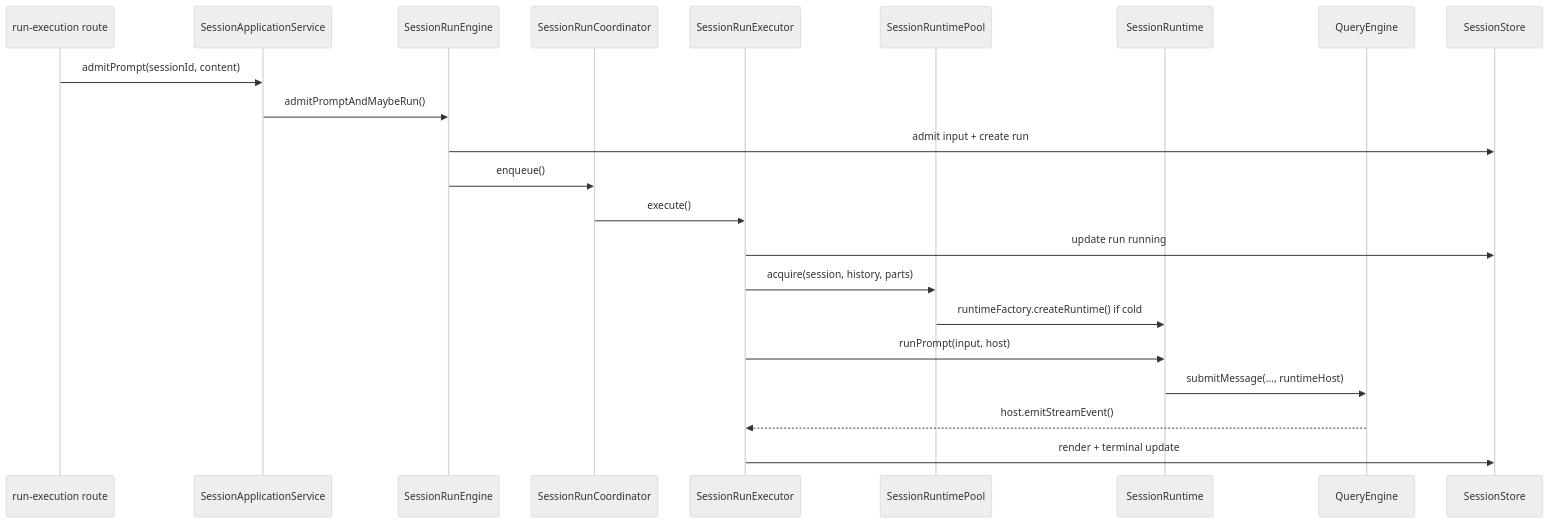
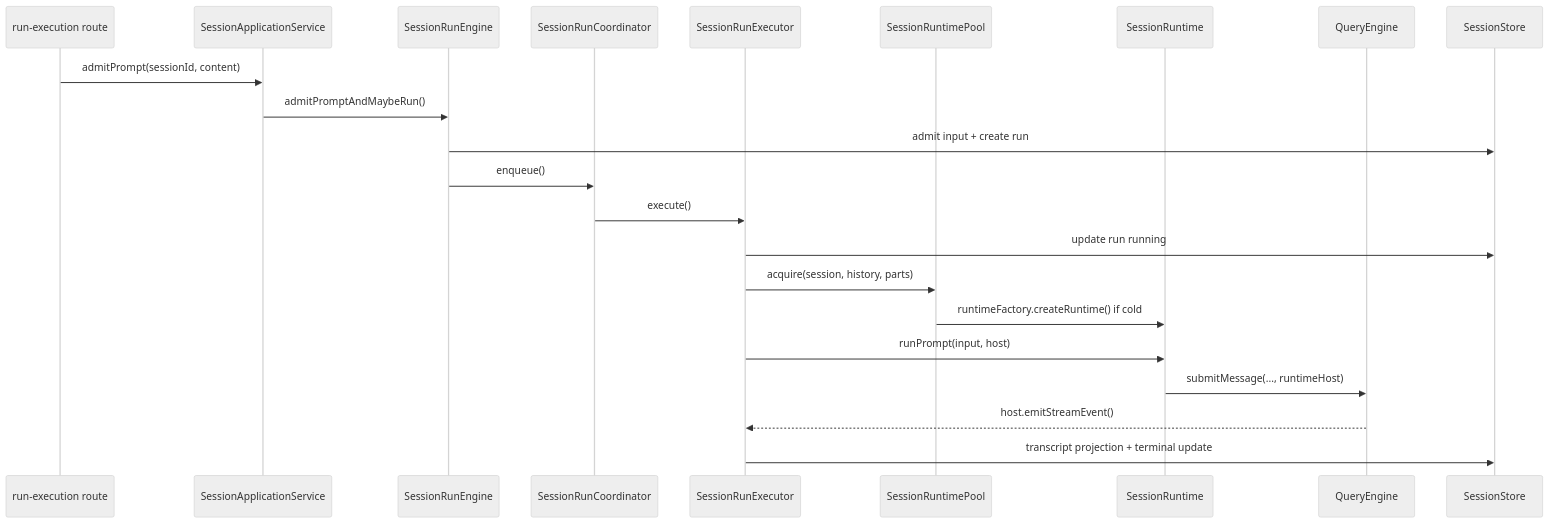
Before and after one commit to rzx007/openharness-ts: the diagram in docs/daemon-runtime-code-guide.md, drawn with Mermaid (neutral theme). The commit also changed other lines of this file and 5 other files, not shown here.

Commit message:
docs(daemon): document transcript projection boundary

````diff
--- a/docs/daemon-runtime-code-guide.md
+++ b/docs/daemon-runtime-code-guide.md
@@ -56,25 +56,25 @@
 ```mermaid
 sequenceDiagram
   participant Route as run-execution route
   participant App as SessionApplicationService
   participant Engine as SessionRunEngine
   participant Lane as SessionRunCoordinator
   participant Exec as SessionRunExecutor
   participant Pool as SessionRuntimePool
   participant RT as SessionRuntime
   participant QE as QueryEngine
   participant Store as SessionStore
 
   Route->>App: admitPrompt(sessionId, content)
   App->>Engine: admitPromptAndMaybeRun()
   Engine->>Store: admit input + create run
   Engine->>Lane: enqueue()
   Lane->>Exec: execute()
   Exec->>Store: update run running
   Exec->>Pool: acquire(session, history, parts)
   Pool->>RT: runtimeFactory.createRuntime() if cold
   Exec->>RT: runPrompt(input, host)
   RT->>QE: submitMessage(..., runtimeHost)
   QE-->>Exec: host.emitStreamEvent()
-  Exec->>Store: render + terminal update
+  Exec->>Store: transcript projection + terminal update
 ```
````
